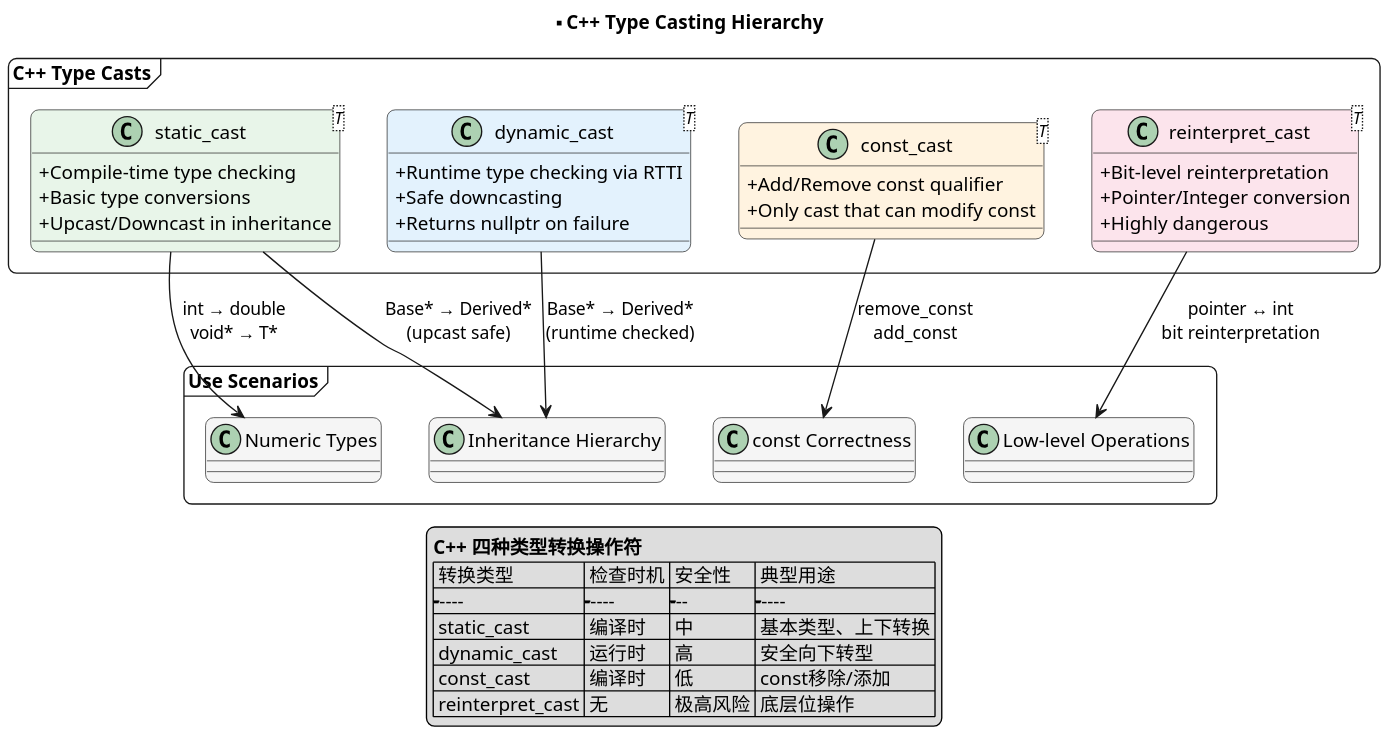
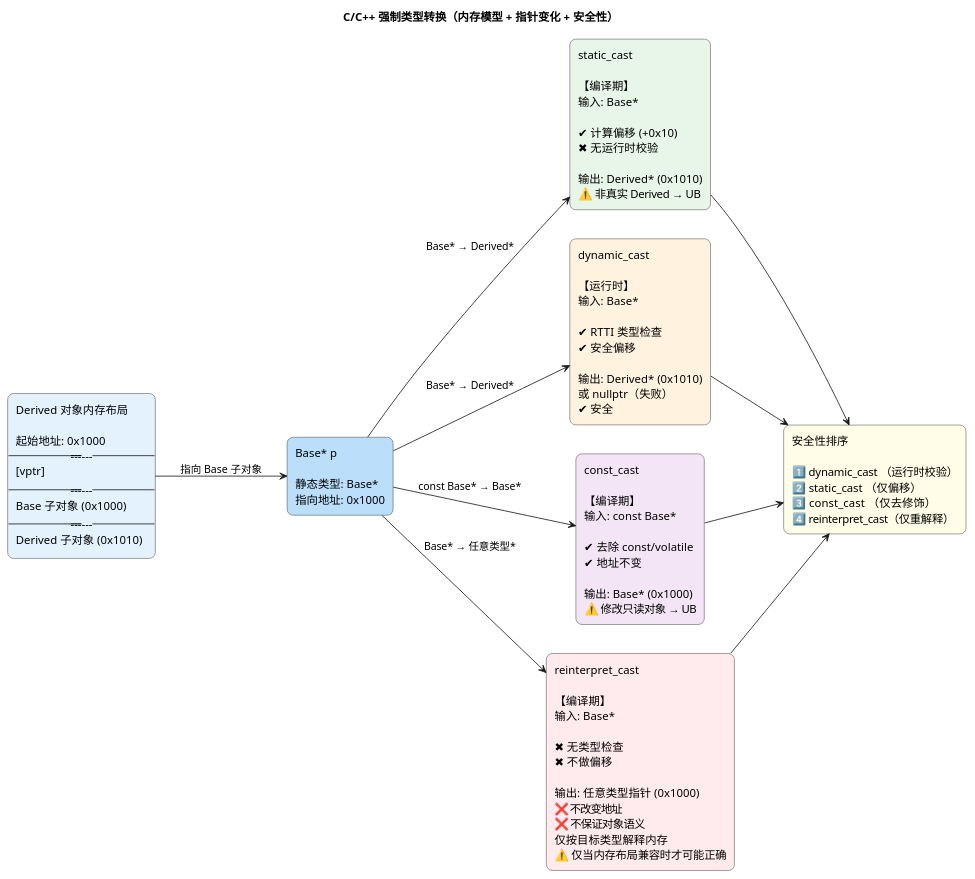
The first of 8 diagrams in dist/articles/zh/cpp-language-fundamentals.md (wudcx/wudcx.github.io), drawn with PlantUML before and after one commit. The commit also changed other lines of this file and 3 other files, not shown here.

````diff
--- a/dist/articles/zh/cpp-language-fundamentals.md
+++ b/dist/articles/zh/cpp-language-fundamentals.md
@@ -32,61 +32,43 @@
 ```plantuml
 @startuml
-' =================== 全局样式 ===================
-skinparam dpi 160
+title C/C++ 强制类型转换（内存模型 + 指针变化 + 安全性）
+
+left to right direction
+skinparam rectangle {
+    RoundCorner 15
+    Padding 10
+}
 skinparam shadowing false
-skinparam roundcorner 12
-skinparam classAttributeIconSize 0
-skinparam ParticipantPadding 10
-skinparam BoxPadding 10
 
-title **C++ Type Casting Hierarchy
+' ================== 内存布局 ==================
+rectangle "Derived 对象内存布局\n\n起始地址: 0x1000\n----------------------\n[vptr]\n----------------------\nBase 子对象 (0x1000)\n----------------------\nDerived 子对象 (0x1010)" as OBJ #E3F2FD
 
-package "C++ Type Casts" <<Frame>> {
-    class "static_cast<T>" as SC #E8F5E9 {
-        + Compile-time type checking
-        + Basic type conversions
-        + Upcast/Downcast in inheritance
-    }
+rectangle "Base* p\n\n静态类型: Base*\n指向地址: 0x1000" as BASEPTR #BBDEFB
 
-    class "dynamic_cast<T>" as DC #E3F2FD {
-        + Runtime type checking via RTTI
-        + Safe downcasting
-        + Returns nullptr on failure
-    }
+OBJ -down-> BASEPTR : 指向 Base 子对象
 
-    class "const_cast<T>" as CC #FFF3E0 {
-        + Add/Remove const qualifier
-        + Only cast that can modify const
-    }
+' ================== 转换 ==================
+rectangle "static_cast\n\n【编译期】\n输入: Base*\n\n✔ 计算偏移 (+0x10)\n✖ 无运行时校验\n\n输出: Derived* (0x1010)\n⚠️ 非真实 Derived → UB" as SC #E8F5E9
 
-    class "reinterpret_cast<T>" as RC #FCE4EC {
-        + Bit-level reinterpretation
-        + Pointer/Integer conversion
-        + Highly dangerous
-    }
-}
+rectangle "dynamic_cast\n\n【运行时】\n输入: Base*\n\n✔ RTTI 类型检查\n✔ 安全偏移\n\n输出: Derived* (0x1010)\n或 nullptr（失败）\n✔ 安全" as DC #FFF3E0
 
-package "Use Scenarios" <<Frame>> {
-    class "Numeric Types" as NT #F5F5F5
-    class "Inheritance Hierarchy" as IH #F5F5F5
-    class "const Correctness" as CC2 #F5F5F5
-    class "Low-level Operations" as LO #F5F5F5
-}
+rectangle "const_cast\n\n【编译期】\n输入: const Base*\n\n✔ 去除 const/volatile\n✔ 地址不变\n\n输出: Base* (0x1000)\n⚠️ 修改只读对象 → UB" as CC #F3E5F5
 
-SC --> NT : int → double\nvoid* → T*
-SC --> IH : Base* → Derived*\n(upcast safe)
-DC --> IH : Base* → Derived*\n(runtime checked)
-CC --> CC2 : remove_const\nadd_const
-RC --> LO : pointer ↔ int\nbit reinterpretation
+rectangle "reinterpret_cast\n\n【编译期】\n输入: Base*\n\n✖ 无类型检查\n✖ 不做偏移\n\n输出: 任意类型指针 (0x1000)\n❌ 不改变地址\n❌ 不保证对象语义\n仅按目标类型解释内存\n⚠️ 仅当内存布局兼容时才可能正确" as RC #FFEBEE
 
-legend center
-**C++ 四种类型转换操作符**
-| 转换类型 | 检查时机 | 安全性 | 典型用途 |
-|---------|---------|-------|---------|
-| static_cast | 编译时 | 中 | 基本类型、上下转换 |
-| dynamic_cast | 运行时 | 高 | 安全向下转型 |
-| const_cast | 编译时 | 低 | const移除/添加 |
-| reinterpret_cast | 无 | 极高风险 | 底层位操作 |
-endlegend
+' ================== 连接 ==================
+BASEPTR --> SC : Base* → Derived*
+BASEPTR --> DC : Base* → Derived*
+BASEPTR --> CC : const Base* → Base*
+BASEPTR --> RC : Base* → 任意类型*
+
+' ================== 安全等级 ==================
+rectangle "安全性排序\n\n1️⃣ dynamic_cast  （运行时校验）\n2️⃣ static_cast   （仅偏移）\n3️⃣ const_cast    （仅去修饰）\n4️⃣ reinterpret_cast（仅重解释）" as SAFE #FFFDE7
+
+SC -down-> SAFE
+DC -down-> SAFE
+CC -down-> SAFE
+RC -down-> SAFE
+
 @enduml
 ```
````
